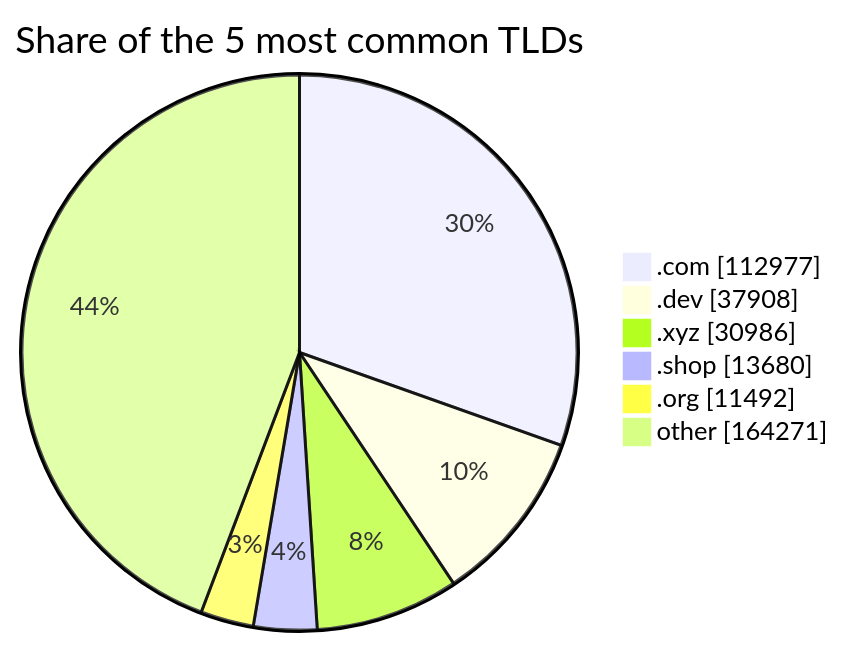
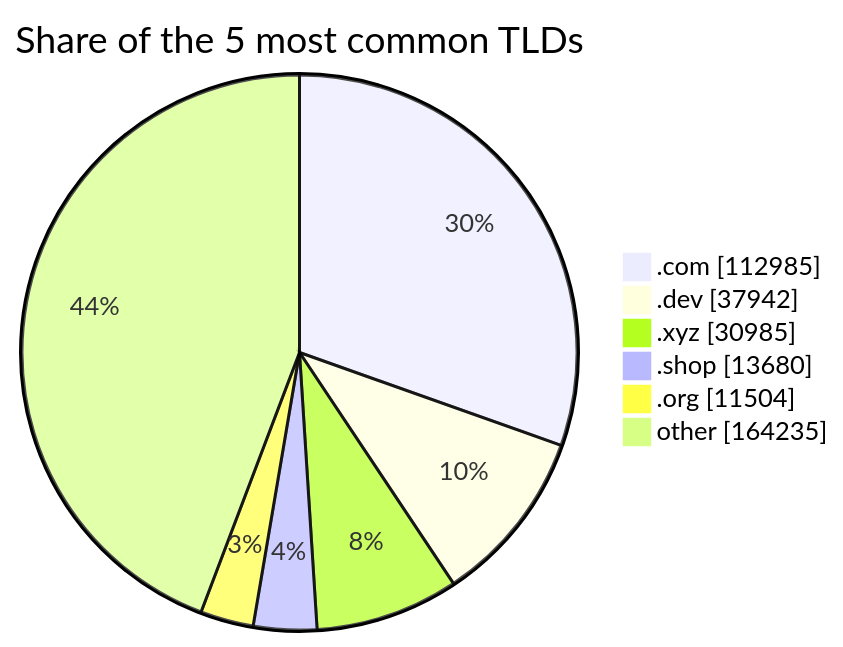
The third of 3 diagrams in README.md (DNSBunker/CTI), drawn with Mermaid before and after one commit. The commit also changed other lines of this file and 3 other files, not shown here.

````diff
--- a/README.md
+++ b/README.md
@@ -81,9 +81,9 @@
 ```mermaid
 pie showData title Share of the 5 most common TLDs
-    ".com" : 112977
-    ".dev" : 37908
-    ".xyz" : 30986
+    ".com" : 112985
+    ".dev" : 37942
+    ".xyz" : 30985
     ".shop" : 13680
-    ".org" : 11492
-    "other" : 164271
+    ".org" : 11504
+    "other" : 164235
 ```
````
